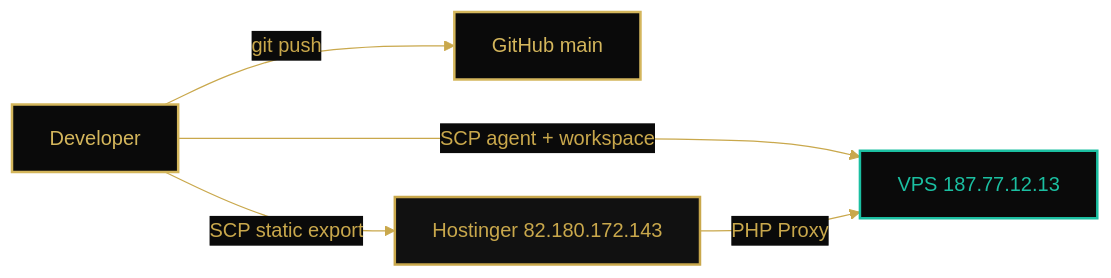
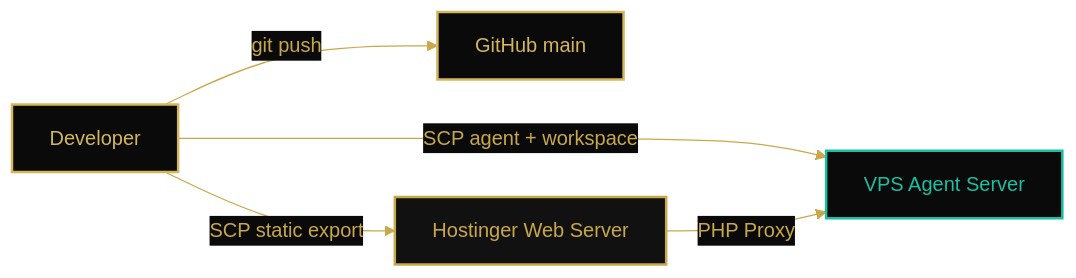
Before and after one commit to Victordtesla24/abentertainment: the second of 3 diagrams in README.md, drawn with Mermaid. The commit also changed other lines of this file, not shown here.

First line of the commit message:
security: remove all credentials and server IPs from README

````diff
--- a/README.md
+++ b/README.md
@@ -136,12 +136,12 @@
 ```mermaid
 %%{init: {'theme': 'base', 'themeVariables': { 'primaryColor': '#0A0A0A', 'primaryTextColor': '#C9A84C', 'primaryBorderColor': '#C9A84C', 'lineColor': '#C9A84C'}}}%%
 flowchart LR
     classDef hosting fill:#111111,stroke:#C9A84C,stroke-width:2px,color:#C9A84C;
     classDef vps fill:#0A0A0A,stroke:#1BBFA1,stroke-width:2px,color:#1BBFA1;
     classDef git fill:#0A0A0A,stroke:#D4B65C,stroke-width:2px,color:#D4B65C;
 
     DEV["Developer"]:::git -->|git push| GITHUB["GitHub main"]:::git
-    DEV -->|SCP static export| HOSTINGER["Hostinger 82.180.172.143"]:::hosting
-    DEV -->|SCP agent + workspace| VPS["VPS 187.77.12.13"]:::vps
+    DEV -->|SCP static export| HOSTINGER["Hostinger Web Server"]:::hosting
+    DEV -->|SCP agent + workspace| VPS["VPS Agent Server"]:::vps
     HOSTINGER -->|PHP Proxy| VPS
 ```
````
